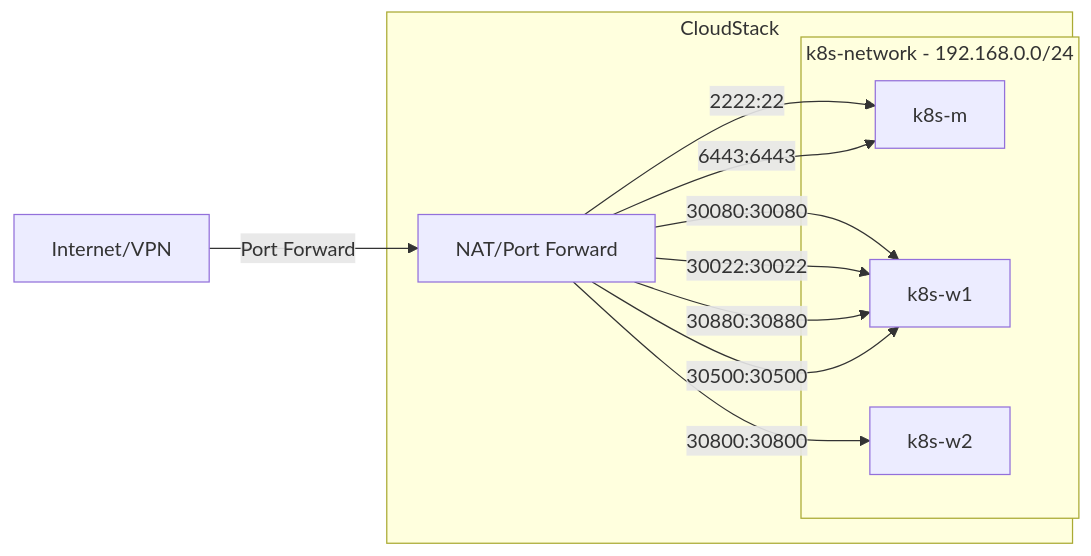
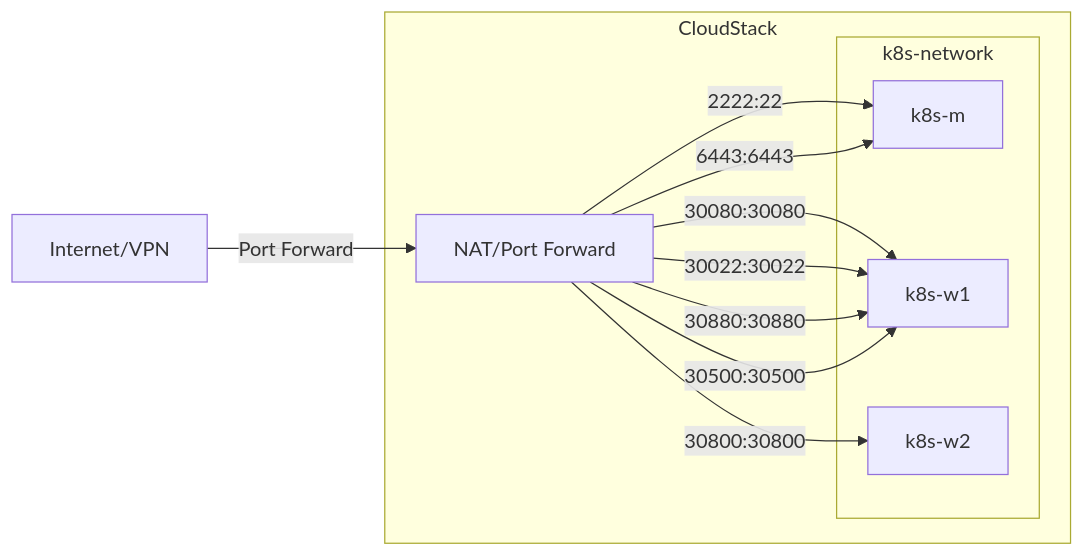
One commit to DvwN-Lee/k8s-cicd-automation changed the second of 2 diagrams in README.md. Above: the diagram before and after it, drawn with Mermaid. The commit also changed other lines of this file, not shown here.

````diff
--- a/README.md
+++ b/README.md
@@ -195,22 +195,22 @@
 ```mermaid
 graph LR
     Internet["Internet/VPN"] -->|Port Forward| NAT
 
     subgraph CloudStack
         NAT["NAT/Port Forward"]
 
-        subgraph Network["k8s-network - 192.168.0.0/24"]
+        subgraph Network["k8s-network"]
             Master["k8s-m"]
             W1["k8s-w1"]
             W2["k8s-w2"]
         end
     end
 
     NAT -->|"2222:22"| Master
     NAT -->|"6443:6443"| Master
     NAT -->|"30080:30080"| W1
     NAT -->|"30022:30022"| W1
     NAT -->|"30880:30880"| W1
     NAT -->|"30500:30500"| W1
     NAT -->|"30800:30800"| W2
 ```
````
